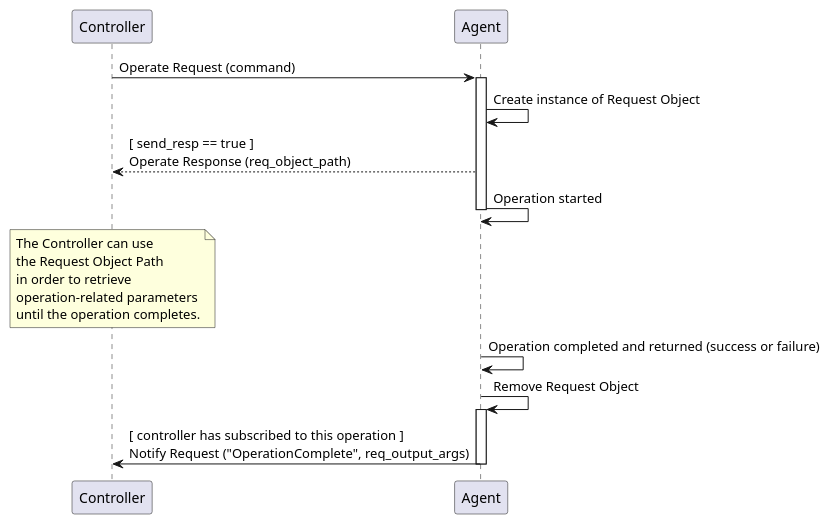
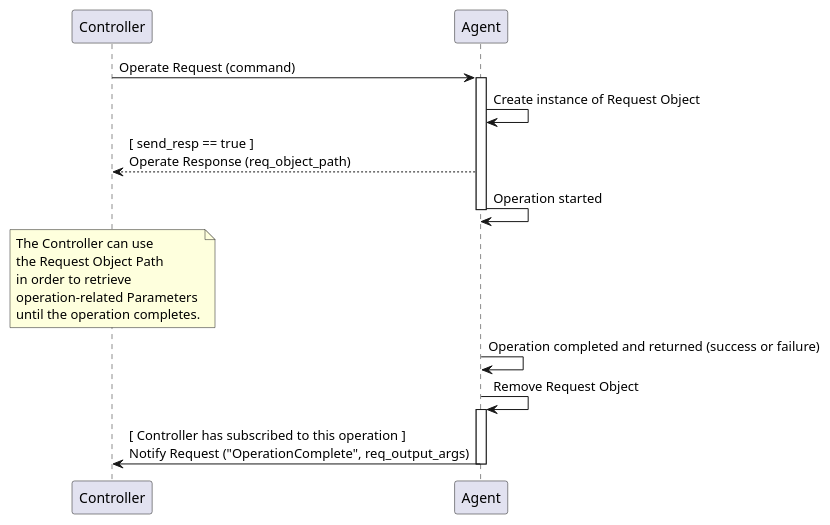
The diagram in specification/messages/asynchronous_operation.pu (BroadbandForum/usp), drawn with PlantUML before and after one commit. The commit also changed 326 other files, not shown here.

```diff
--- a/specification/messages/asynchronous_operation.pu
+++ b/specification/messages/asynchronous_operation.pu
@@ -1,25 +1,25 @@
 @startuml
 
 participant Controller as C
 participant Agent as A
 
 C -> A : Operate Request (command)
 activate A
 
 A -> A : Create instance of Request Object
 
 A --> C : [ send_resp == true ]\nOperate Response (req_object_path)
 
 A -> A : Operation started
 deactivate A
 
-note over C : The Controller can use\nthe Request Object Path\nin order to retrieve\noperation-related parameters\nuntil the operation completes.
+note over C : The Controller can use\nthe Request Object Path\nin order to retrieve\noperation-related Parameters\nuntil the operation completes.
 
 A -> A : Operation completed and returned (success or failure)
 A -> A : Remove Request Object
 activate A
 
-A -> C : [ controller has subscribed to this operation ]\nNotify Request ("OperationComplete", req_output_args)
+A -> C : [ Controller has subscribed to this operation ]\nNotify Request ("OperationComplete", req_output_args)
 deactivate A
 
 @enduml
```
